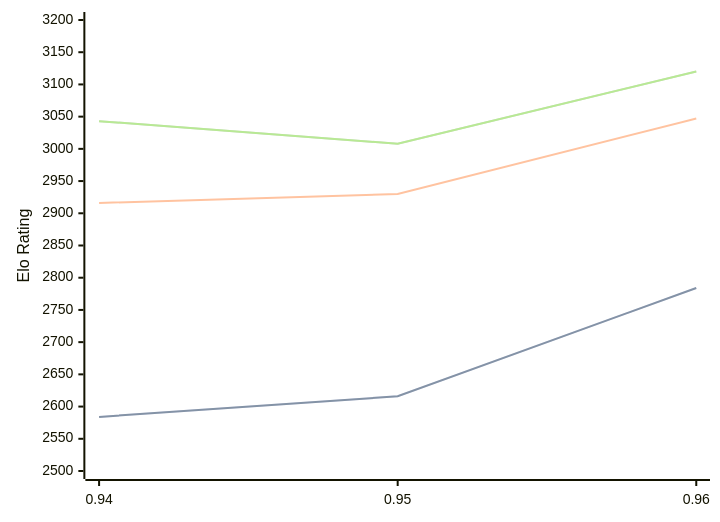
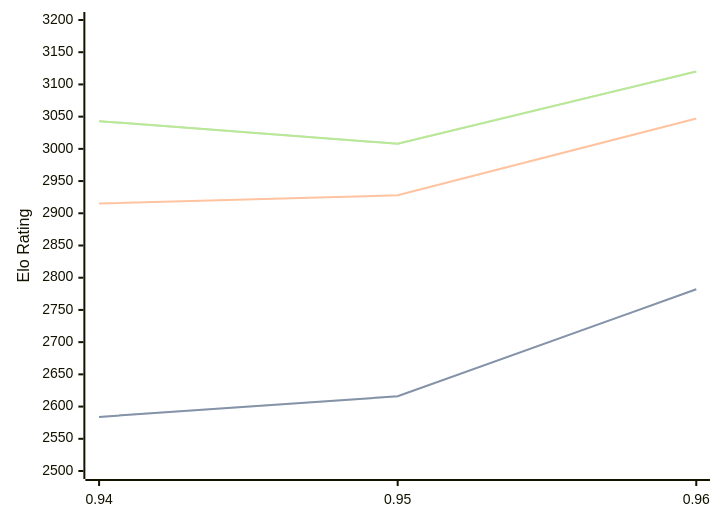
The diagram in engines/Myrddin.md (computer-chess-index/cci), drawn with Mermaid before and after one commit. The commit also changed other lines of this file, not shown here.

````diff
--- a/engines/Myrddin.md
+++ b/engines/Myrddin.md
@@ -38,11 +38,11 @@
 ```mermaid
 %%{init: {"theme":"base","themeVariables":{"seriesColors:['#a3a3a3','#222221','#faa371']}}}%%
 xychart-beta
   x-axis ["0.94", "0.95", "0.96"]
   y-axis "Elo Rating" 2500 --> 3200
-  line "STC (8.0+0.08s)" [2584, 2616, 2784]
-  line "STC (8.0+0.08s)" [2584, 2616, 2784]
-  line "LTC (60.0+0.60s)" [2916, 2930, 3047]
+  line "STC (8.0+0.08s)" [2584, 2616, 2782]
+  line "STC (8.0+0.08s)" [2584, 2616, 2782]
+  line "LTC (60.0+0.60s)" [2915, 2928, 3047]
   line "VLTC (2m24s+1.12s)" [3043, 3008, 3120]
   line "VLTC (2m24s+1.12s)" [3043, 3008, 3120]
 ```
````
